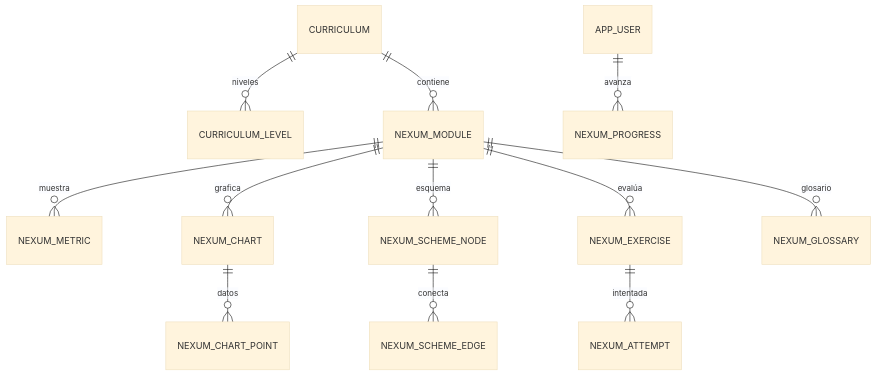
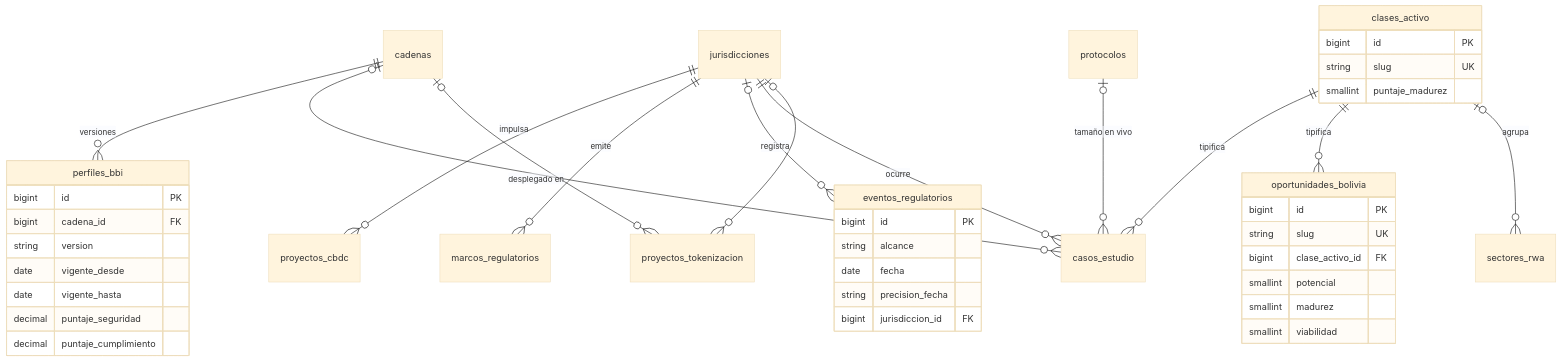
The seventh of 8 diagrams in JaviviMonitor-modelo-ER.md (UnidadBFdigital/JaviviMonitor), drawn with Mermaid (base theme) before and after one commit. The commit also changed other lines of this file, not shown here.

````diff
--- a/JaviviMonitor-modelo-ER.md
+++ b/JaviviMonitor-modelo-ER.md
@@ -812,14 +1316,45 @@
 ```mermaid
 erDiagram
-    CURRICULUM ||--o{ CURRICULUM_LEVEL : niveles
-    CURRICULUM ||--o{ NEXUM_MODULE : contiene
-    NEXUM_MODULE ||--o{ NEXUM_METRIC : muestra
-    NEXUM_MODULE ||--o{ NEXUM_CHART : grafica
-    NEXUM_CHART ||--o{ NEXUM_CHART_POINT : datos
-    NEXUM_MODULE ||--o{ NEXUM_SCHEME_NODE : esquema
-    NEXUM_SCHEME_NODE ||--o{ NEXUM_SCHEME_EDGE : conecta
-    NEXUM_MODULE ||--o{ NEXUM_EXERCISE : evalúa
-    NEXUM_MODULE ||--o{ NEXUM_GLOSSARY : glosario
-    APP_USER ||--o{ NEXUM_PROGRESS : avanza
-    NEXUM_EXERCISE ||--o{ NEXUM_ATTEMPT : intentada
+    cadenas ||--o{ perfiles_bbi : "versiones"
+    jurisdicciones ||--o{ proyectos_cbdc : impulsa
+    jurisdicciones ||--o{ marcos_regulatorios : emite
+    jurisdicciones |o--o{ eventos_regulatorios : registra
+    jurisdicciones ||--o{ casos_estudio : ocurre
+    jurisdicciones |o--o{ proyectos_tokenizacion : ""
+    clases_activo ||--o{ casos_estudio : tipifica
+    clases_activo ||--o{ oportunidades_bolivia : tipifica
+    clases_activo |o--o{ sectores_rwa : agrupa
+    cadenas |o--o{ casos_estudio : "desplegado en"
+    protocolos |o--o{ casos_estudio : "tamaño en vivo"
+    cadenas |o--o{ proyectos_tokenizacion : ""
+
+    perfiles_bbi {
+        bigint id PK
+        bigint cadena_id FK
+        string version
+        date vigente_desde
+        date vigente_hasta
+        decimal puntaje_seguridad
+        decimal puntaje_cumplimiento
+    }
+    clases_activo {
+        bigint id PK
+        string slug UK
+        smallint puntaje_madurez
+    }
+    oportunidades_bolivia {
+        bigint id PK
+        string slug UK
+        bigint clase_activo_id FK
+        smallint potencial
+        smallint madurez
+        smallint viabilidad
+    }
+    eventos_regulatorios {
+        bigint id PK
+        string alcance
+        date fecha
+        string precision_fecha
+        bigint jurisdiccion_id FK
+    }
 ```
````
